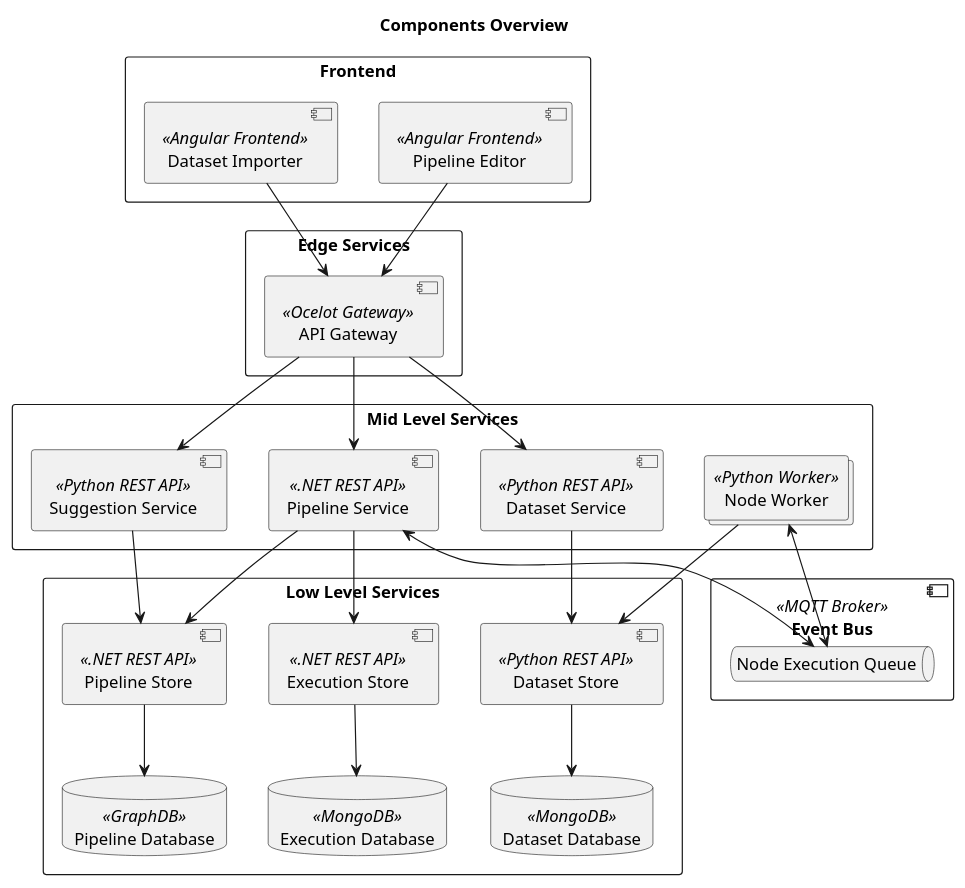
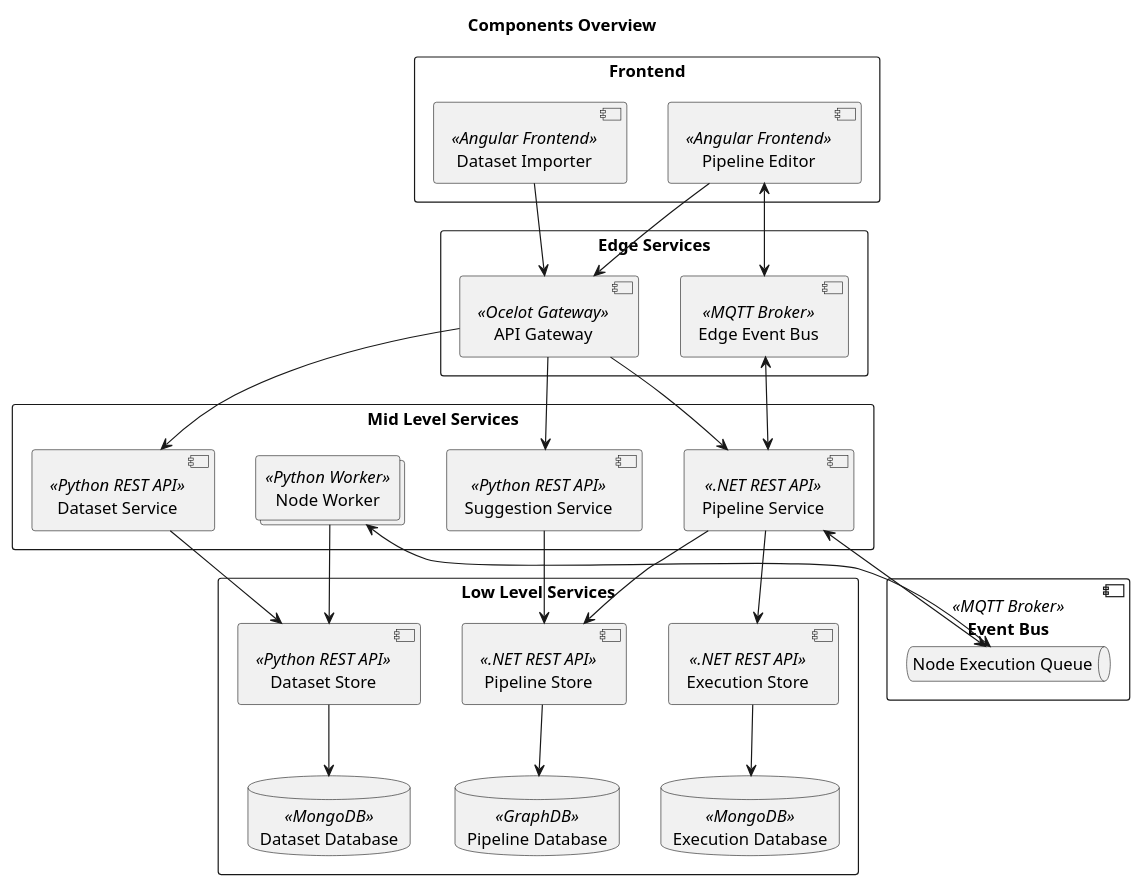
One commit to project-hanse/prototype-a changed the diagram in docs/architecture/overview.puml. Above: the diagram before and after it, drawn with PlantUML. The commit also changed 2 other files, not shown here.

Commit message:
[PH-87] Added edge broker to dev compose, removed dev-frontend from dev compose

```diff
--- a/docs/architecture/overview.puml
+++ b/docs/architecture/overview.puml
@@ -1,60 +1,64 @@
 @startuml
 'https://plantuml.com/deployment-diagram
 
 title "Components Overview"
 
 'Definitions'
 
 rectangle "Frontend" {
     component "Pipeline Editor" << Angular Frontend>> as pipeline_editor
     component "Dataset Importer" << Angular Frontend >> as dataset_importer
 }
 
 rectangle "Edge Services" {
     component "API Gateway" << Ocelot Gateway>> as api_gateway
+    component "Edge Event Bus" << MQTT Broker >> as message_broker_edge
 }
 
 rectangle "Mid Level Services" {
     component "Pipeline Service" << .NET REST API >> as pipeline_service
     collections  "Node Worker" <<Python Worker>> as worker
     component "Suggestion Service" << Python REST API >> as suggestion_service
     component "Dataset Service" << Python REST API >> as dataset_service
 }
 
 rectangle "Low Level Services" {
     component "Pipeline Store" << .NET REST API >> as pipeline_store
     database "Pipeline Database" << GraphDB >> as pipeline_db
     
     component "Execution Store" << .NET REST API >> as execution_store
     database "Execution Database" << MongoDB >> as execution_db
     
     component "Dataset Store" << Python REST API >> as dataset_store
     database "Dataset Database" << MongoDB >> as dataset_db
 }
 
 component "Event Bus" << MQTT Broker >> as message_broker {
     queue "Node Execution Queue" as node_execution_queue
 }
 
 'Interaction'
 
 pipeline_editor --> api_gateway
 dataset_importer --> api_gateway
 
 api_gateway --> pipeline_service 
 api_gateway --> suggestion_service
 api_gateway --> dataset_service
 
 pipeline_store --> pipeline_db
 dataset_store --> dataset_db
 execution_store --> execution_db 
 
 pipeline_service <--> node_execution_queue
 node_execution_queue <--> worker 
 
 worker --> dataset_store 
 suggestion_service --> pipeline_store
 pipeline_service --> execution_store
 pipeline_service --> pipeline_store
 dataset_service --> dataset_store
+
+pipeline_service <--> message_broker_edge
+pipeline_editor <--> message_broker_edge
 @enduml
```
